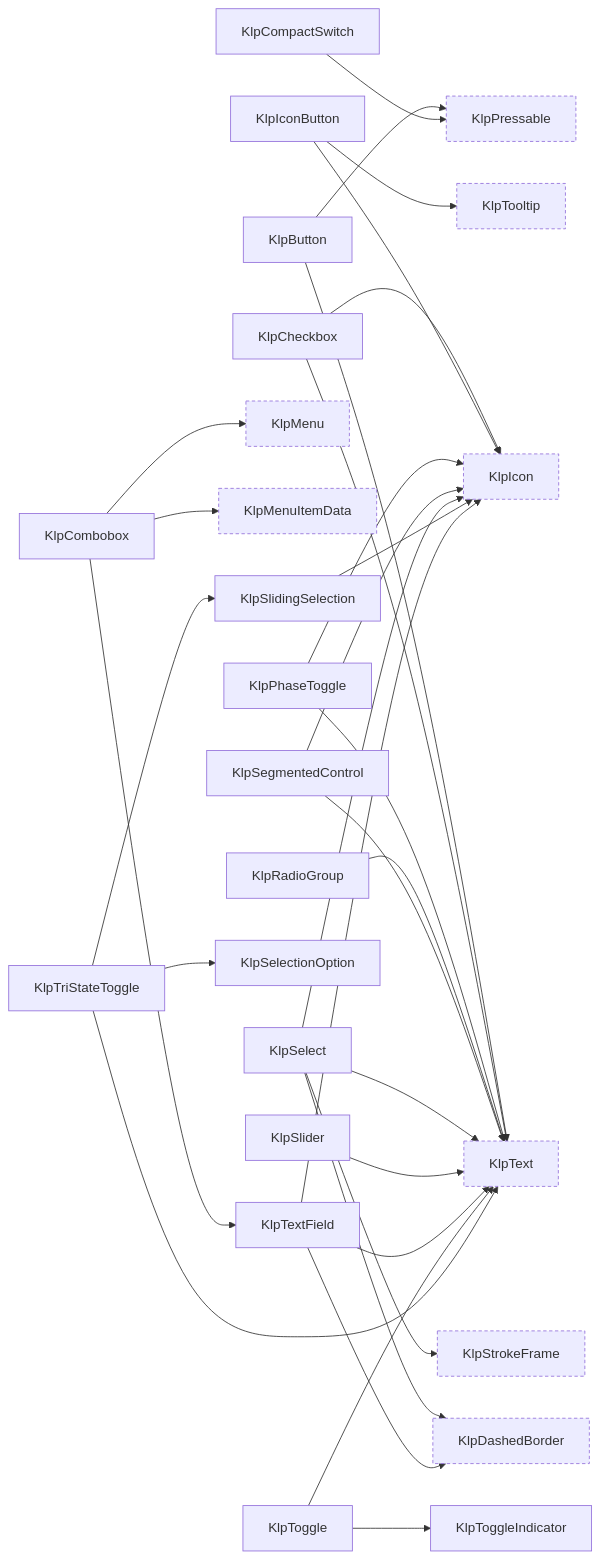
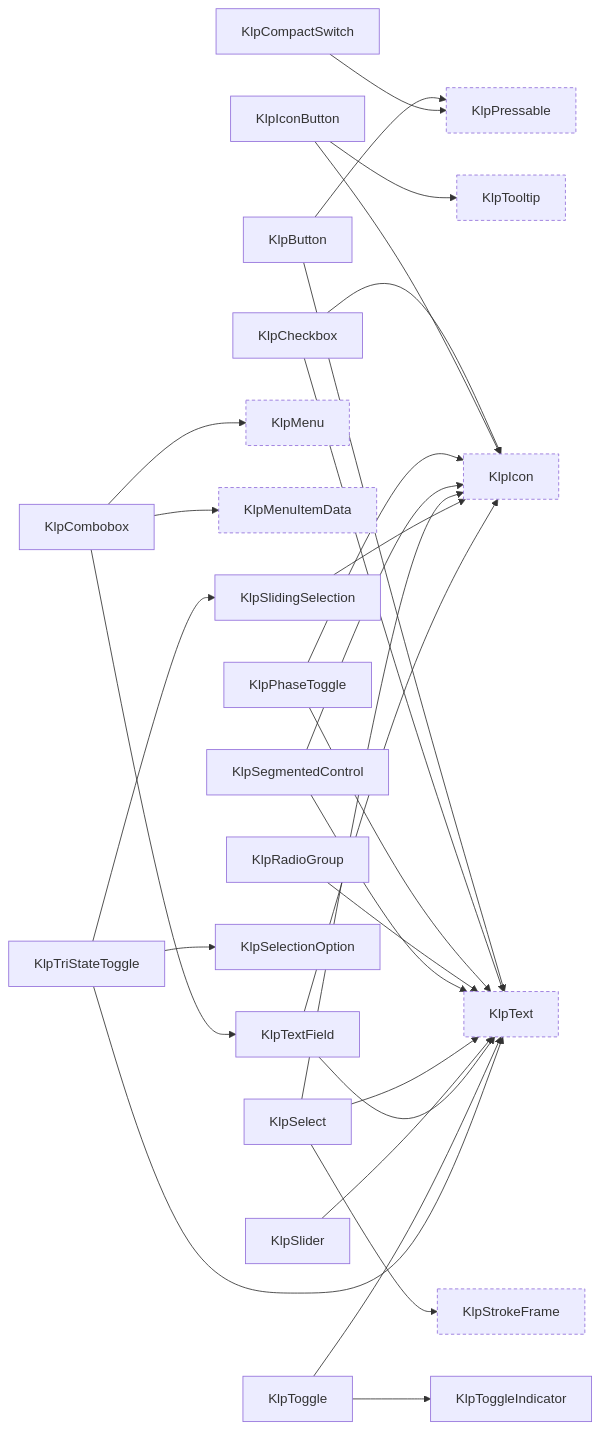
Before and after one commit to MiuDog/Kallopis: the eighth of 17 diagrams in spec/component-inventory.md, drawn with Mermaid. The commit also changed other lines of this file and 73 other files, not shown here.

````diff
--- a/spec/component-inventory.md
+++ b/spec/component-inventory.md
@@ -423,57 +424,54 @@
 ```mermaid
 graph LR
   KlpButton["KlpButton"]
   KlpCheckbox["KlpCheckbox"]
   KlpCombobox["KlpCombobox"]
   KlpCompactSwitch["KlpCompactSwitch"]
-  KlpDashedBorder["KlpDashedBorder"]:::external
   KlpIcon["KlpIcon"]:::external
   KlpIconButton["KlpIconButton"]
   KlpMenu["KlpMenu"]:::external
   KlpMenuItemData["KlpMenuItemData"]:::external
   KlpPhaseToggle["KlpPhaseToggle"]
   KlpPressable["KlpPressable"]:::external
   KlpRadioGroup["KlpRadioGroup"]
   KlpSegmentedControl["KlpSegmentedControl"]
   KlpSelect["KlpSelect"]
   KlpSelectionOption["KlpSelectionOption"]
   KlpSlider["KlpSlider"]
   KlpSlidingSelection["KlpSlidingSelection"]
   KlpStrokeFrame["KlpStrokeFrame"]:::external
   KlpText["KlpText"]:::external
   KlpTextField["KlpTextField"]
   KlpToggle["KlpToggle"]
   KlpToggleIndicator["KlpToggleIndicator"]
   KlpTooltip["KlpTooltip"]:::external
   KlpTriStateToggle["KlpTriStateToggle"]
   KlpButton --> KlpPressable
   KlpButton --> KlpText
   KlpCheckbox --> KlpIcon
   KlpCheckbox --> KlpText
   KlpCombobox --> KlpMenu
   KlpCombobox --> KlpMenuItemData
   KlpCombobox --> KlpTextField
   KlpCompactSwitch --> KlpPressable
   KlpIconButton --> KlpIcon
   KlpIconButton --> KlpTooltip
   KlpPhaseToggle --> KlpIcon
   KlpPhaseToggle --> KlpText
   KlpRadioGroup --> KlpText
   KlpSegmentedControl --> KlpIcon
   KlpSegmentedControl --> KlpText
-  KlpSelect --> KlpDashedBorder
   KlpSelect --> KlpIcon
   KlpSelect --> KlpStrokeFrame
   KlpSelect --> KlpText
   KlpSlider --> KlpText
   KlpSlidingSelection --> KlpIcon
-  KlpTextField --> KlpDashedBorder
   KlpTextField --> KlpIcon
   KlpTextField --> KlpText
   KlpToggle --> KlpText
   KlpToggle --> KlpToggleIndicator
   KlpTriStateToggle --> KlpSelectionOption
   KlpTriStateToggle --> KlpSlidingSelection
   KlpTriStateToggle --> KlpText
   classDef external stroke-dasharray: 4 3;
 ```
````
